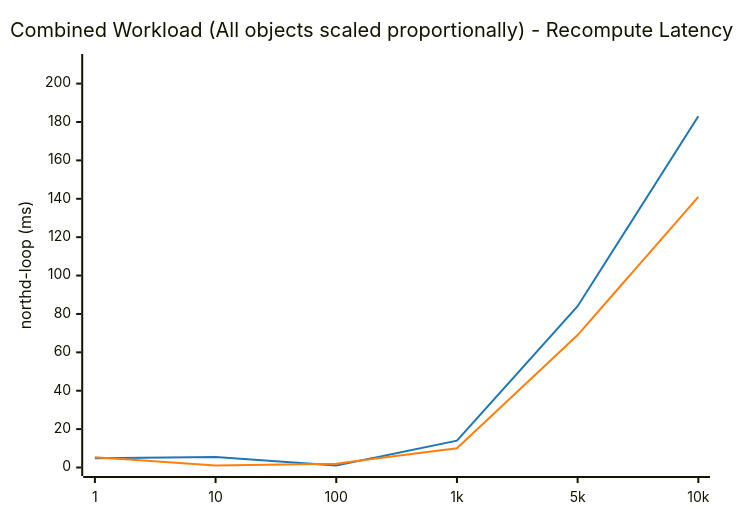
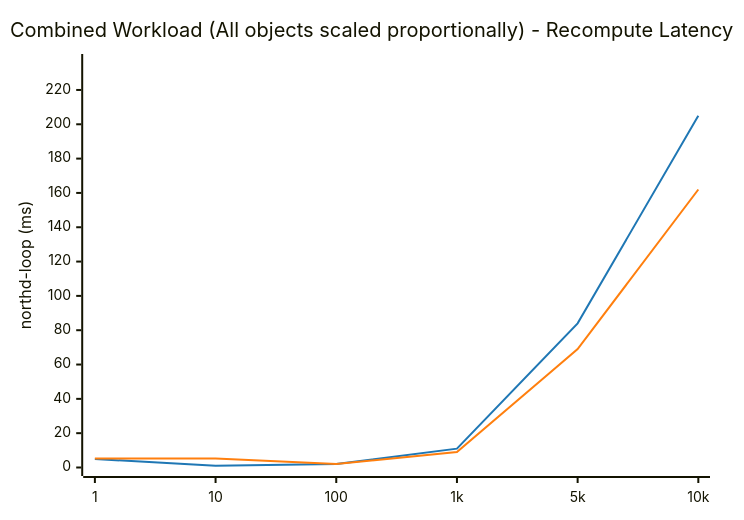
Diagram 13 of 14 in results/BENCHMARK_REPORT.md (LionelJouin/ovs-ovn-bench), drawn with Mermaid before and after one commit. The commit also changed other lines of this file and 4 other files, not shown here.

````diff
--- a/results/BENCHMARK_REPORT.md
+++ b/results/BENCHMARK_REPORT.md
@@ -749,14 +680,14 @@
 ```mermaid
 ---
 config:
     themeVariables:
         xyChart:
             plotColorPalette: "#1f77b4, #ff7f0e"
 ---
 xychart-beta
     title "Combined Workload (All objects scaled proportionally) - Recompute Latency"
     x-axis ["1", "10", "100", "1k", "5k", "10k"]
-    y-axis "northd-loop (ms)" 0 --> 211
-    line "glibc malloc" [4.8, 5.5, 1.0, 14.0, 84.0, 183.0]
-    line "jemalloc" [5.4, 1.0, 2.0, 10.0, 69.0, 141.0]
+    y-axis "northd-loop (ms)" 0 --> 236
+    line "glibc malloc" [4.9, 1.0, 2.0, 11.0, 84.0, 205.0]
+    line "jemalloc" [5.3, 5.2, 2.0, 9.0, 69.0, 162.0]
 ```
````
